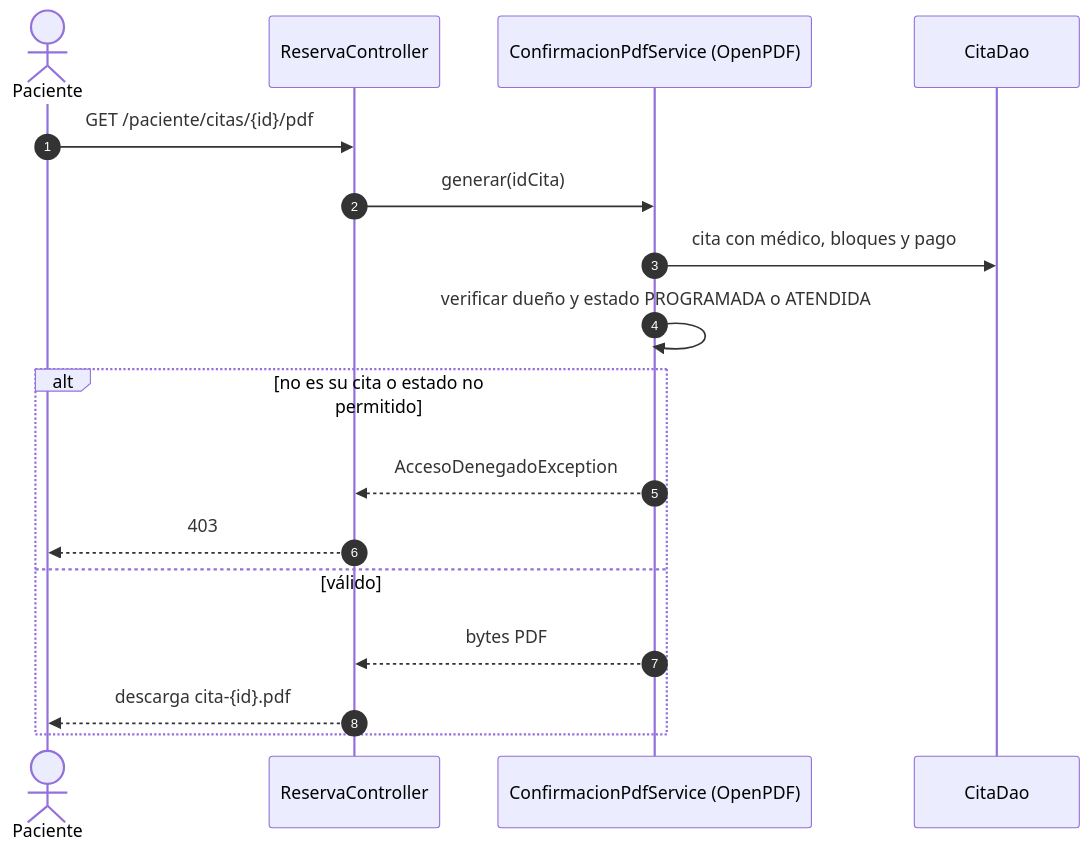
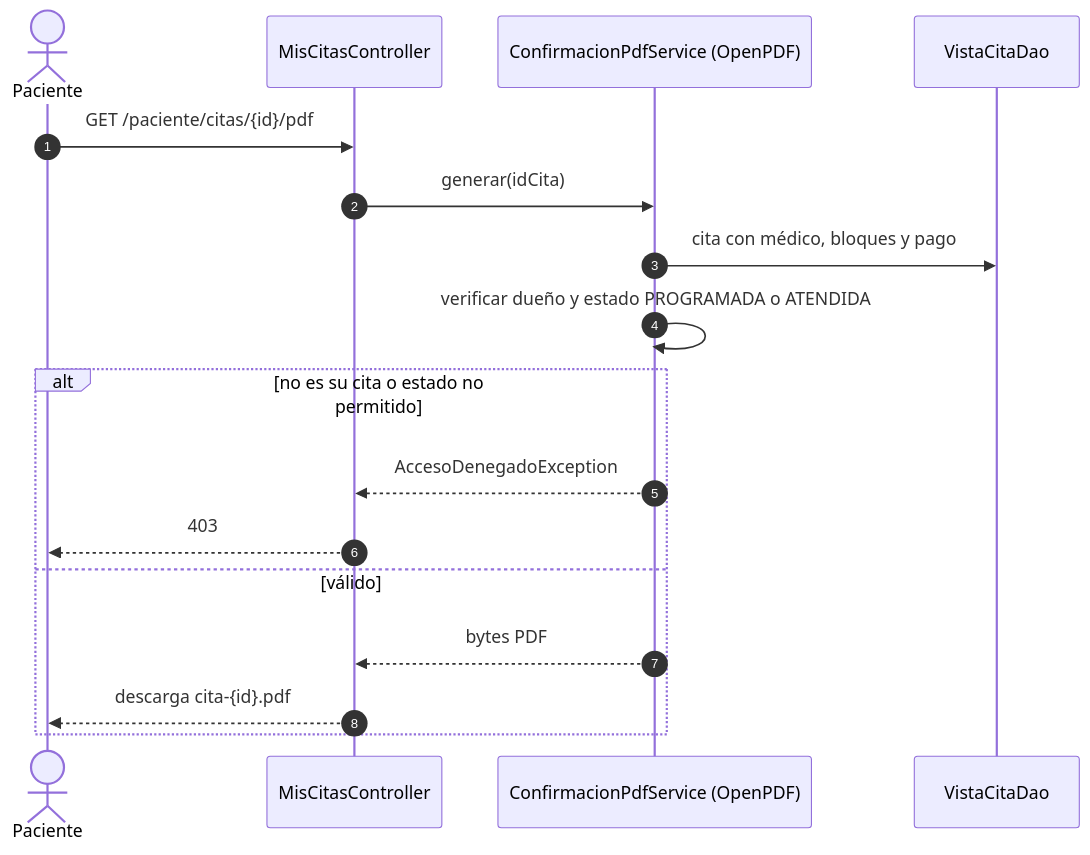
Before and after one commit to manuelguarniz/medifast: the tenth of 12 diagrams in README.md, drawn with Mermaid. The commit also changed other lines of this file and 29 other files, not shown here.

Commit message:
desarrollo de mis citas y actualizacion del diseño de reserva de citas

````diff
--- a/README.md
+++ b/README.md
@@ -671,20 +671,20 @@
 ```mermaid
 sequenceDiagram
     autonumber
     actor Pac as Paciente
-    participant C as ReservaController
+    participant C as MisCitasController
     participant P as ConfirmacionPdfService (OpenPDF)
-    participant D as CitaDao
+    participant D as VistaCitaDao
 
     Pac->>C: GET /paciente/citas/{id}/pdf
     C->>P: generar(idCita)
     P->>D: cita con médico, bloques y pago
     P->>P: verificar dueño y estado PROGRAMADA o ATENDIDA
     alt no es su cita o estado no permitido
         P-->>C: AccesoDenegadoException
         C-->>Pac: 403
     else válido
         P-->>C: bytes PDF
         C-->>Pac: descarga cita-{id}.pdf
     end
 ```
````
